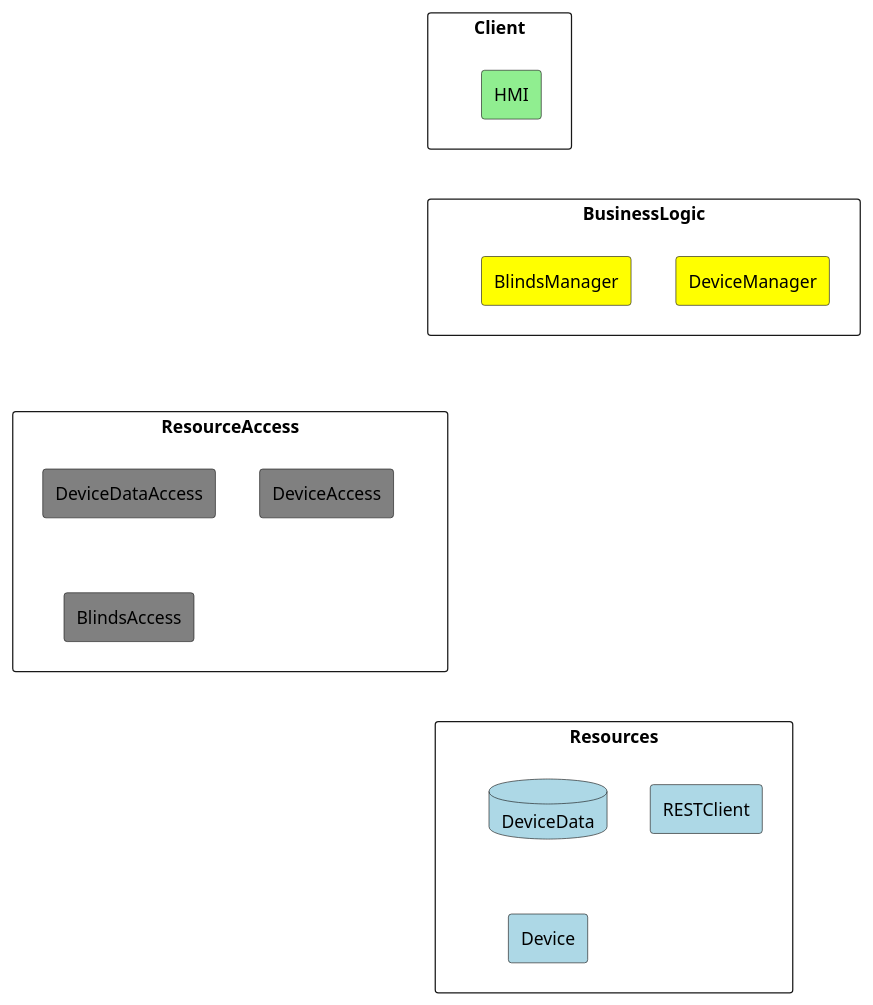
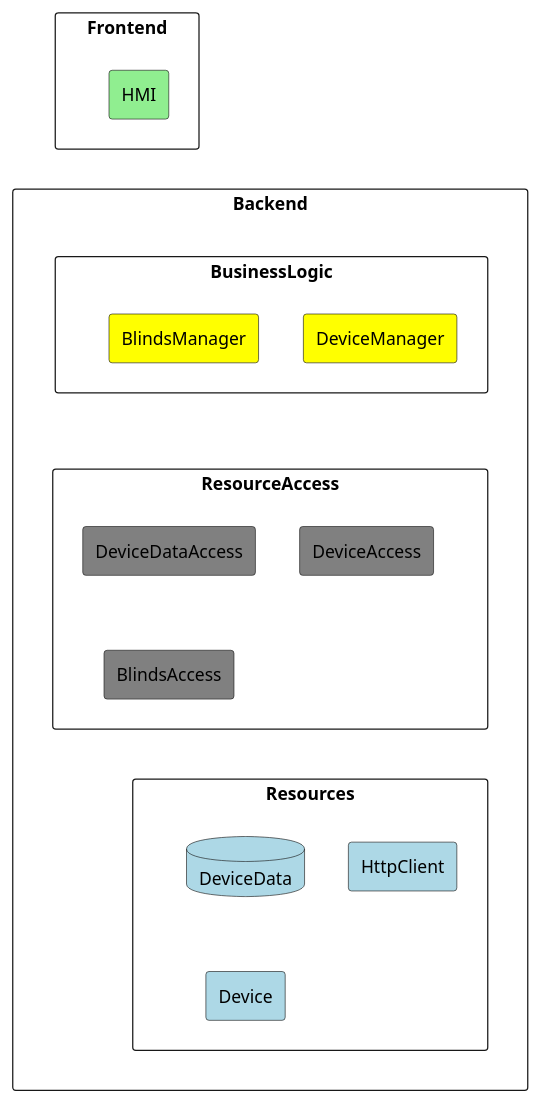
Before and after one commit to k-phi/M5Core2BlindsController: the diagram in documentation/diagrams/static-architecture.puml, drawn with PlantUML. The commit also changed 10 other files, not shown here.

```diff
--- a/documentation/diagrams/static-architecture.puml
+++ b/documentation/diagrams/static-architecture.puml
@@ -1,30 +1,33 @@
 @startuml Static Architecture
 
 skinparam ComponentStyle rectangle
 
-component Client {
+component Frontend {
     [HMI] #LightGreen
 }
 
-component BusinessLogic {
-    [DeviceManager] #Yellow
-    [BlindsManager] #Yellow   
+rectangle Backend {
+
+    component BusinessLogic {
+        [DeviceManager] #Yellow
+        [BlindsManager] #Yellow   
+    }
+
+    component ResourceAccess {
+        [DeviceDataAccess] #Grey
+        [DeviceAccess] #Grey
+        [BlindsAccess] #Grey
+    }
+
+    component Resources {
+        database DeviceData #LightBlue
+        [HttpClient] #LightBlue
+        [Device] #LightBlue
+    }
 }
 
-component ResourceAccess {
-    [DeviceDataAccess] #Grey
-    [DeviceAccess] #Grey
-    [BlindsAccess] #Grey
-}
-
-component Resources {
-    database DeviceData #LightBlue
-    [RESTClient] #LightBlue
-    [Device] #LightBlue
-}
-
-Client -[hidden]d-> BusinessLogic
+Frontend -[hidden]d-> BusinessLogic
 BusinessLogic --[hidden]d-> ResourceAccess
 ResourceAccess --[hidden]d-> Resources
 
 @enduml
```
